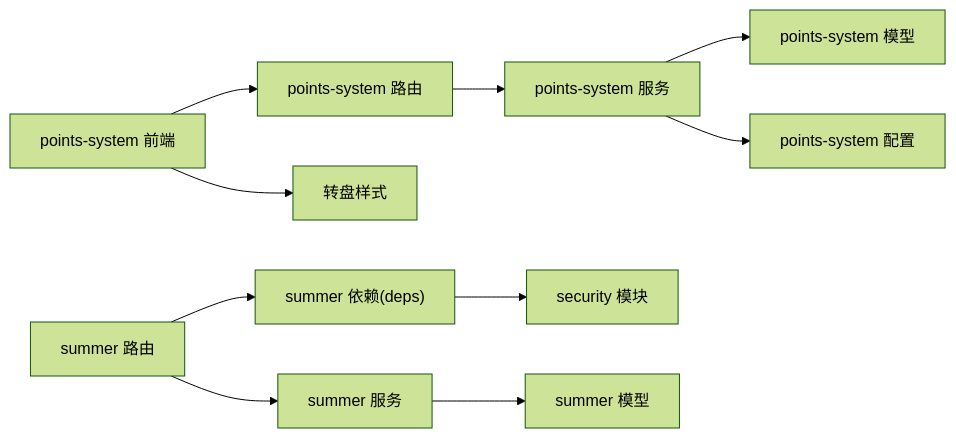
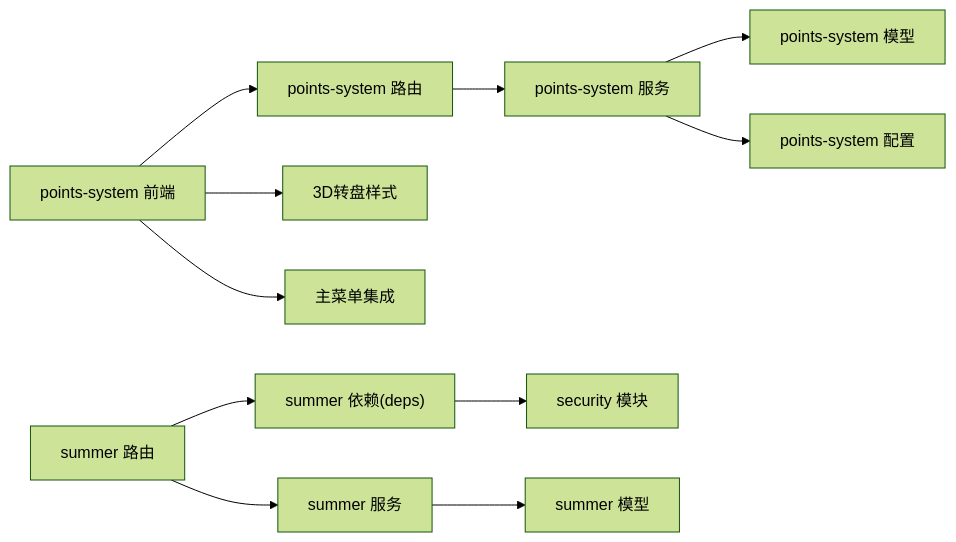
The seventh of 7 diagrams in .qoder/repowiki/zh/content/积分兑换系统/核心功能模块/抽奖系统.md (onebody/homework), drawn with Mermaid (forest theme) before and after one commit. The commit also changed other lines of this file and 4 other files, not shown here.

````diff
--- a/.qoder/repowiki/zh/content/积分兑换系统/核心功能模块/抽奖系统.md
+++ b/.qoder/repowiki/zh/content/积分兑换系统/核心功能模块/抽奖系统.md
@@ -355,12 +358,13 @@
 ```mermaid
 graph LR
 PR["points-system 路由"] --> PS["points-system 服务"]
 PS --> PM["points-system 模型"]
 PS --> PC["points-system 配置"]
 PF["points-system 前端"] --> PR
-PF --> CSS["转盘样式"]
+PF --> CSS["3D转盘样式"]
+PF --> HTML["主菜单集成"]
 SR["summer 路由"] --> SS["summer 服务"]
 SR --> SD["summer 依赖(deps)"]
 SD --> SEC["security 模块"]
 SS --> SM["summer 模型"]
 ```
````
